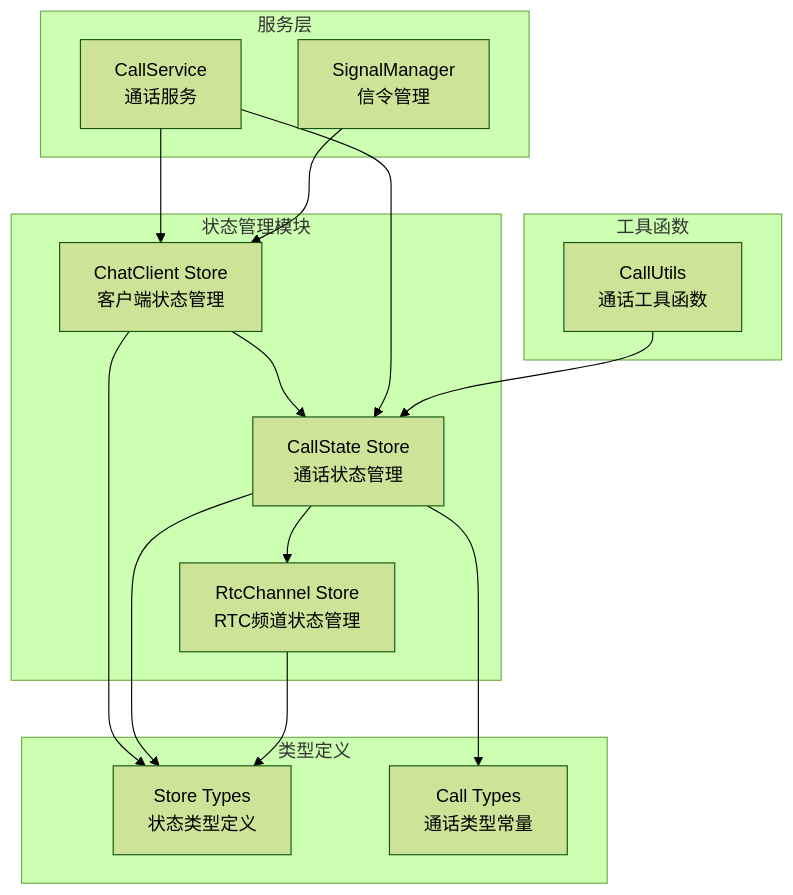
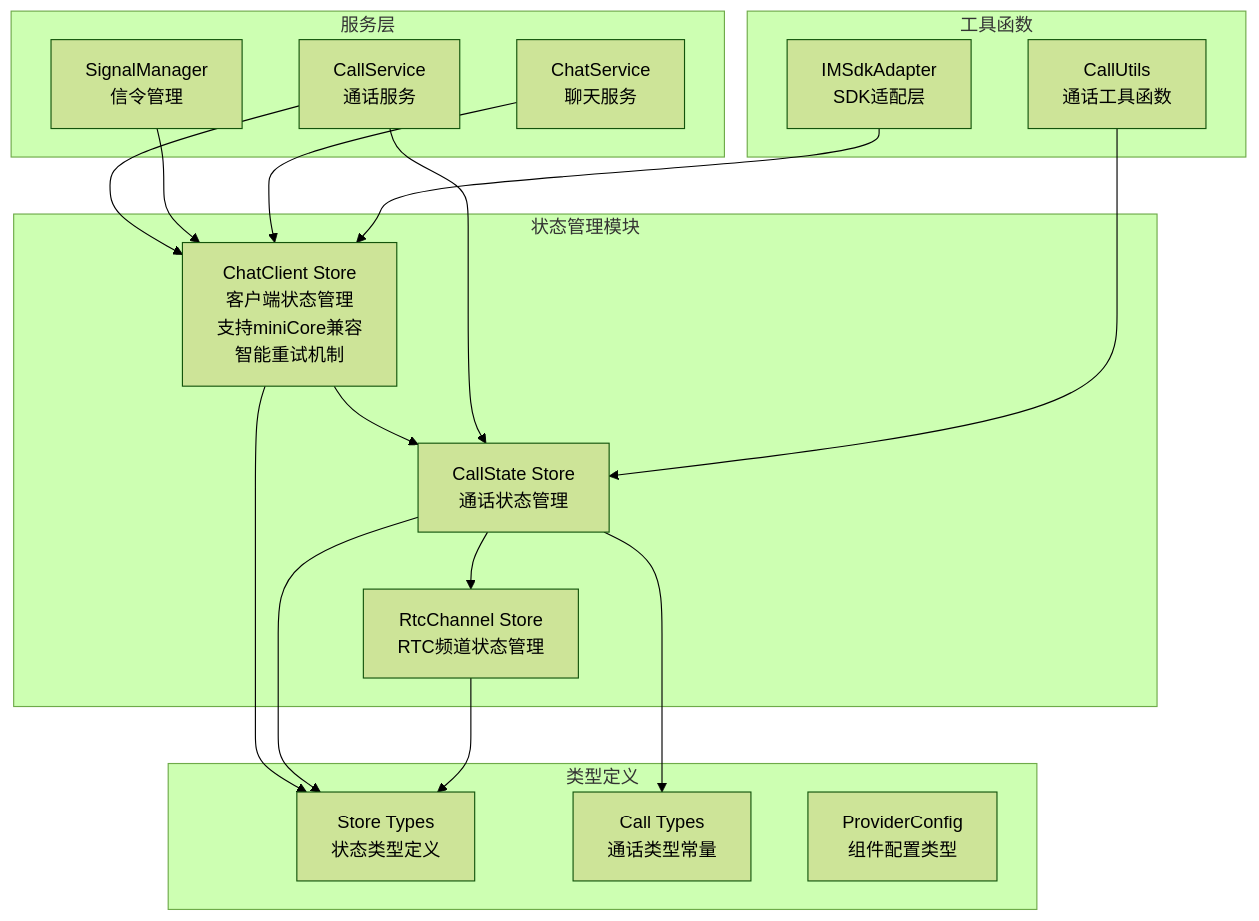
The first of 10 diagrams in .qoder/repowiki/zh/content/状态管理/ChatClient Store.md (Easemob-Community/easemob-uikit-callkit-vue3), drawn with Mermaid (forest theme) before and after one commit. The commit also changed other lines of this file and 58 other files, not shown here.

````diff
--- a/.qoder/repowiki/zh/content/状态管理/ChatClient Store.md
+++ b/.qoder/repowiki/zh/content/状态管理/ChatClient Store.md
@@ -41,29 +59,34 @@
 ```mermaid
 graph TB
 subgraph "状态管理模块"
-ChatClient[ChatClient Store<br/>客户端状态管理]
+ChatClient[ChatClient Store<br/>客户端状态管理<br/>支持miniCore兼容<br/>智能重试机制]
 CallState[CallState Store<br/>通话状态管理]
 RtcChannel[RtcChannel Store<br/>RTC频道状态管理]
 end
 subgraph "类型定义"
 Types[Store Types<br/>状态类型定义]
 CallTypes[Call Types<br/>通话类型常量]
+ProviderConfig[ProviderConfig<br/>组件配置类型]
 end
 subgraph "服务层"
 CallService[CallService<br/>通话服务]
 SignalManager[SignalManager<br/>信令管理]
+ChatService[ChatService<br/>聊天服务]
 end
 subgraph "工具函数"
 CallUtils[CallUtils<br/>通话工具函数]
+IMSdkAdapter[IMSdkAdapter<br/>SDK适配层]
 end
 ChatClient --> CallState
 CallState --> RtcChannel
 CallService --> ChatClient
 CallService --> CallState
 SignalManager --> ChatClient
+ChatService --> ChatClient
+IMSdkAdapter --> ChatClient
 CallState --> CallTypes
 ChatClient --> Types
 CallState --> Types
 RtcChannel --> Types
 CallUtils --> CallState
 ```
````
